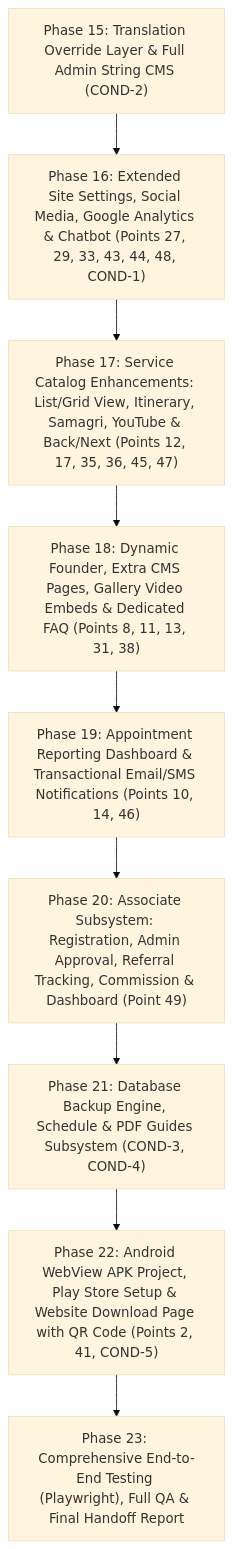
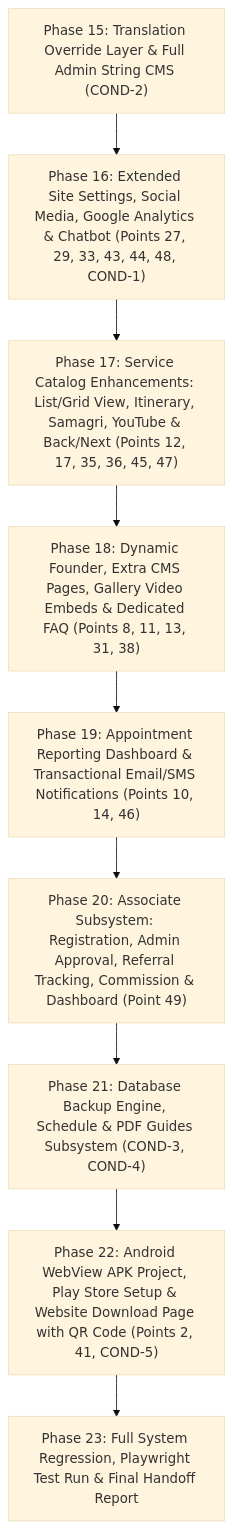
The diagram in GAP_MATRIX.md (anshumali19/Kundliw), drawn with Mermaid (base theme) before and after one commit. The commit also changed other lines of this file, not shown here.

````diff
--- a/GAP_MATRIX.md
+++ b/GAP_MATRIX.md
@@ -101,14 +99,14 @@
 ```mermaid
 flowchart TD
     P15["Phase 15: Translation Override Layer & Full Admin String CMS (COND-2)"]
     P16["Phase 16: Extended Site Settings, Social Media, Google Analytics & Chatbot (Points 27, 29, 33, 43, 44, 48, COND-1)"]
     P17["Phase 17: Service Catalog Enhancements: List/Grid View, Itinerary, Samagri, YouTube & Back/Next (Points 12, 17, 35, 36, 45, 47)"]
     P18["Phase 18: Dynamic Founder, Extra CMS Pages, Gallery Video Embeds & Dedicated FAQ (Points 8, 11, 13, 31, 38)"]
     P19["Phase 19: Appointment Reporting Dashboard & Transactional Email/SMS Notifications (Points 10, 14, 46)"]
     P20["Phase 20: Associate Subsystem: Registration, Admin Approval, Referral Tracking, Commission & Dashboard (Point 49)"]
     P21["Phase 21: Database Backup Engine, Schedule & PDF Guides Subsystem (COND-3, COND-4)"]
     P22["Phase 22: Android WebView APK Project, Play Store Setup & Website Download Page with QR Code (Points 2, 41, COND-5)"]
-    P23["Phase 23: Comprehensive End-to-End Testing (Playwright), Full QA & Final Handoff Report"]
+    P23["Phase 23: Full System Regression, Playwright Test Run & Final Handoff Report"]
 
     P15 --> P16 --> P17 --> P18 --> P19 --> P20 --> P21 --> P22 --> P23
 ```
````
